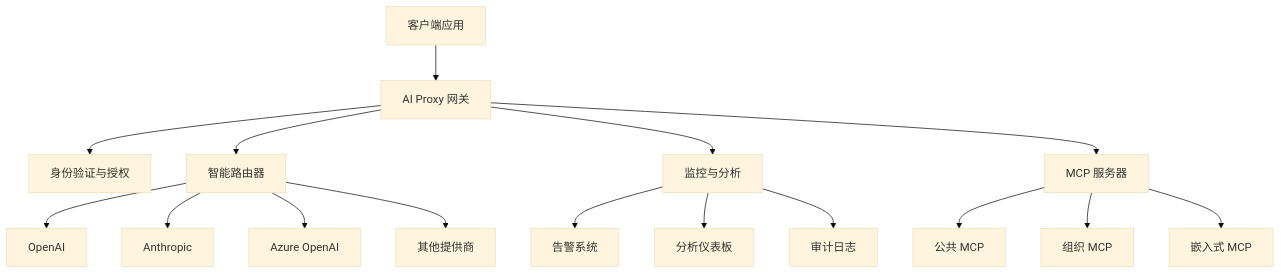
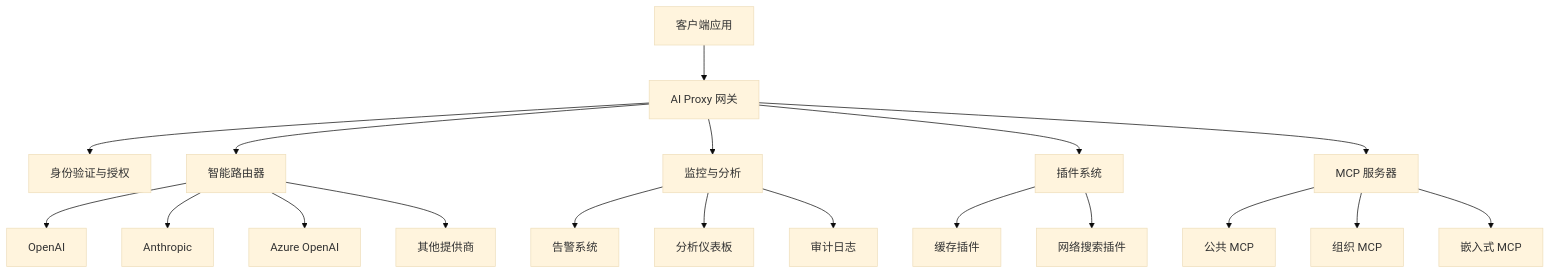
Before and after one commit to zijiren233/aiproxy: the diagram in README.zh.md, drawn with Mermaid (base theme). The commit also changed other lines of this file and 2 other files, not shown here.

Commit message:
docs: update plugin docs

````diff
--- a/README.zh.md
+++ b/README.zh.md
@@ -58,21 +64,25 @@
 ```mermaid
 graph TB
     Client[客户端应用] --> Gateway[AI Proxy 网关]
     Gateway --> Auth[身份验证与授权]
     Gateway --> Router[智能路由器]
     Gateway --> Monitor[监控与分析]
+    Gateway --> Plugins[插件系统]
+    
+    Plugins --> CachePlugin[缓存插件]
+    Plugins --> SearchPlugin[网络搜索插件]
     
     Router --> Provider1[OpenAI]
     Router --> Provider2[Anthropic]
     Router --> Provider3[Azure OpenAI]
     Router --> ProviderN[其他提供商]
     
     Gateway --> MCP[MCP 服务器]
     MCP --> PublicMCP[公共 MCP]
     MCP --> GroupMCP[组织 MCP]
     MCP --> EmbedMCP[嵌入式 MCP]
     
     Monitor --> Alerts[告警系统]
     Monitor --> Analytics[分析仪表板]
     Monitor --> Logs[审计日志]
 ```
````
